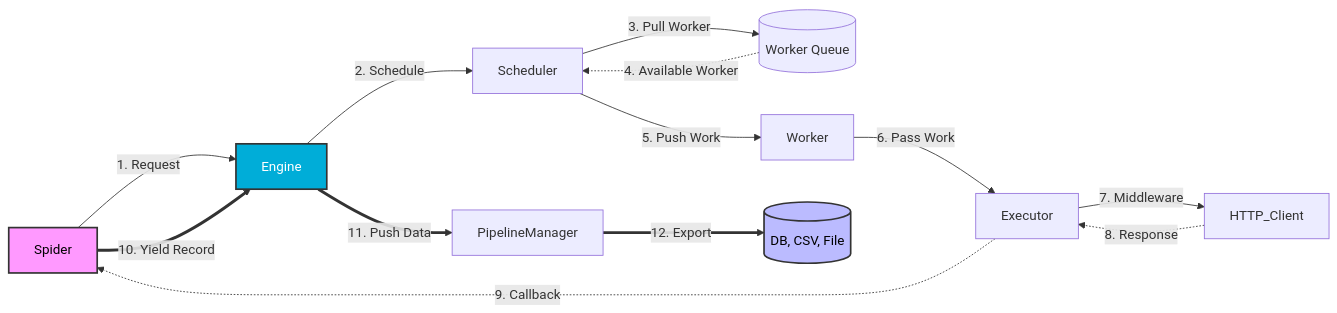
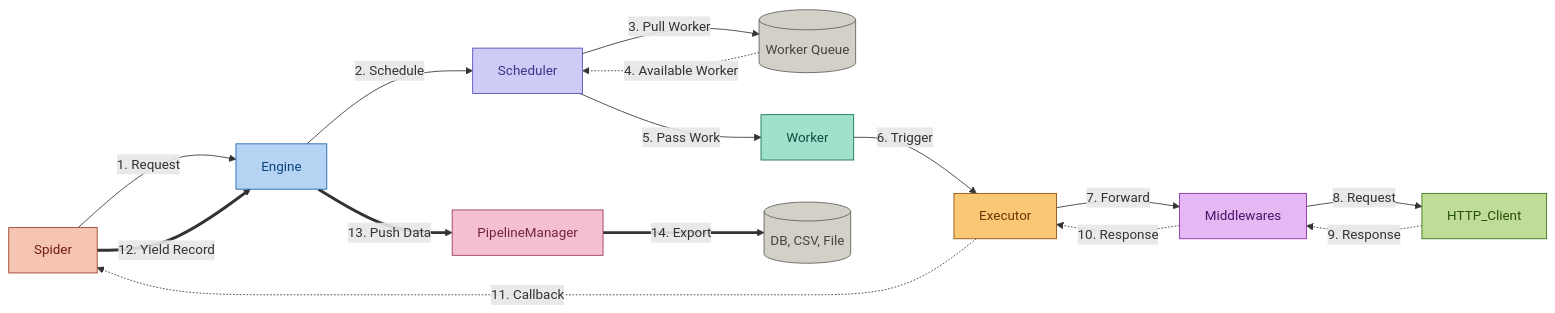
The diagram in README.md (tech-engine/goscrapy), drawn with Mermaid before and after one commit.

Commit message:
chore: update mermaid diagram

````diff
--- a/README.md
+++ b/README.md
@@ -38,24 +38,33 @@
 ```mermaid
 flowchart LR
     %% Request Flow
     Spider -->|1. Request| Engine
     Engine -->|2. Schedule| Scheduler
     Scheduler -->|3. Pull Worker| WorkerQueue[(Worker Queue)]
     WorkerQueue -.->|4. Available Worker| Scheduler
-    Scheduler -->|5. Push Work| Worker
-    Worker -->|6. Pass Work| Executor
-    Executor -->|7. Middleware| HTTP_Client
+    Scheduler -->|5. Pass Work| Worker
+    Worker -->|6. Trigger| Executor
+    Executor -->|7. Forward| Middlewares
+    Middlewares -->|8. Request| HTTP_Client
 
     %% Response Flow
-    HTTP_Client -.->|8. Response| Executor
-    Executor -.->|9. Callback| Spider
+    HTTP_Client -.->|9. Response| Middlewares
+    Middlewares -.->|10. Response| Executor
+    Executor -.->|11. Callback| Spider
 
     %% Data Flow
-    Spider ==>|10. Yield Record| Engine
-    Engine ==>|11. Push Data| PipelineManager
-    PipelineManager ==>|12. Export| Pipelines[(DB, CSV, File)]
+    Spider ==>|12. Yield Record| Engine
+    Engine ==>|13. Push Data| PipelineManager
+    PipelineManager ==>|14. Export| Pipelines[(DB, CSV, File)]
 
-    style Engine fill:#00ADD8,stroke:#333,stroke-width:2px,color:#fff
-    style Spider fill:#f9f,stroke:#333,stroke-width:2px,color:#000
-    style Pipelines fill:#bbf,stroke:#333,stroke-width:2px,color:#000
+    style Spider fill:#F5C4B3,stroke:#993C1D,stroke-width:1px,color:#711B0C
+    style Engine fill:#B5D4F4,stroke:#185FA5,stroke-width:1px,color:#0C447C
+    style Scheduler fill:#CECBF6,stroke:#534AB7,stroke-width:1px,color:#3C3489
+    style WorkerQueue fill:#D3D1C7,stroke:#5F5E5A,stroke-width:1px,color:#444441
+    style Worker fill:#9FE1CB,stroke:#0F6E56,stroke-width:1px,color:#085041
+    style Executor fill:#FAC775,stroke:#854F0B,stroke-width:1px,color:#633806
+    style Middlewares fill:#E5B8F3,stroke:#842B9E,stroke-width:1px,color:#4B1161
+    style HTTP_Client fill:#C0DD97,stroke:#3B6D11,stroke-width:1px,color:#27500A
+    style PipelineManager fill:#F4C0D1,stroke:#993556,stroke-width:1px,color:#72243E
+    style Pipelines fill:#D3D1C7,stroke:#5F5E5A,stroke-width:1px,color:#444441
 ```
````
